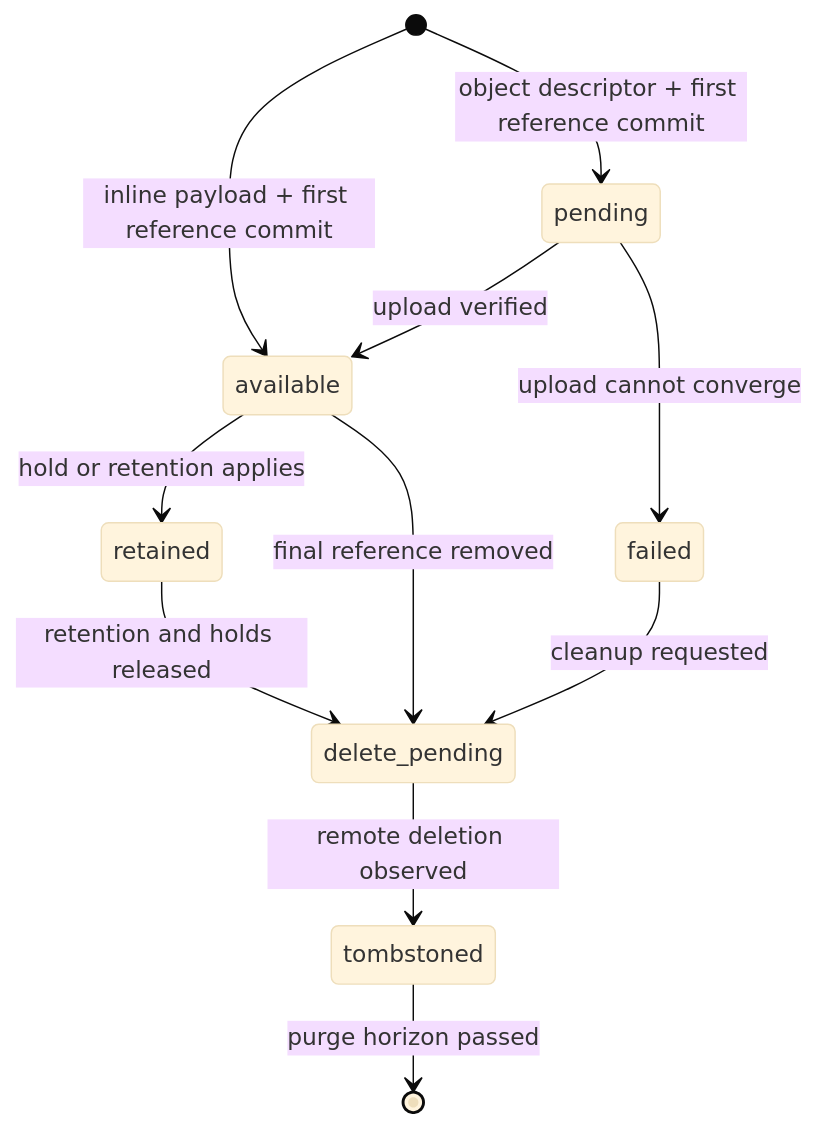
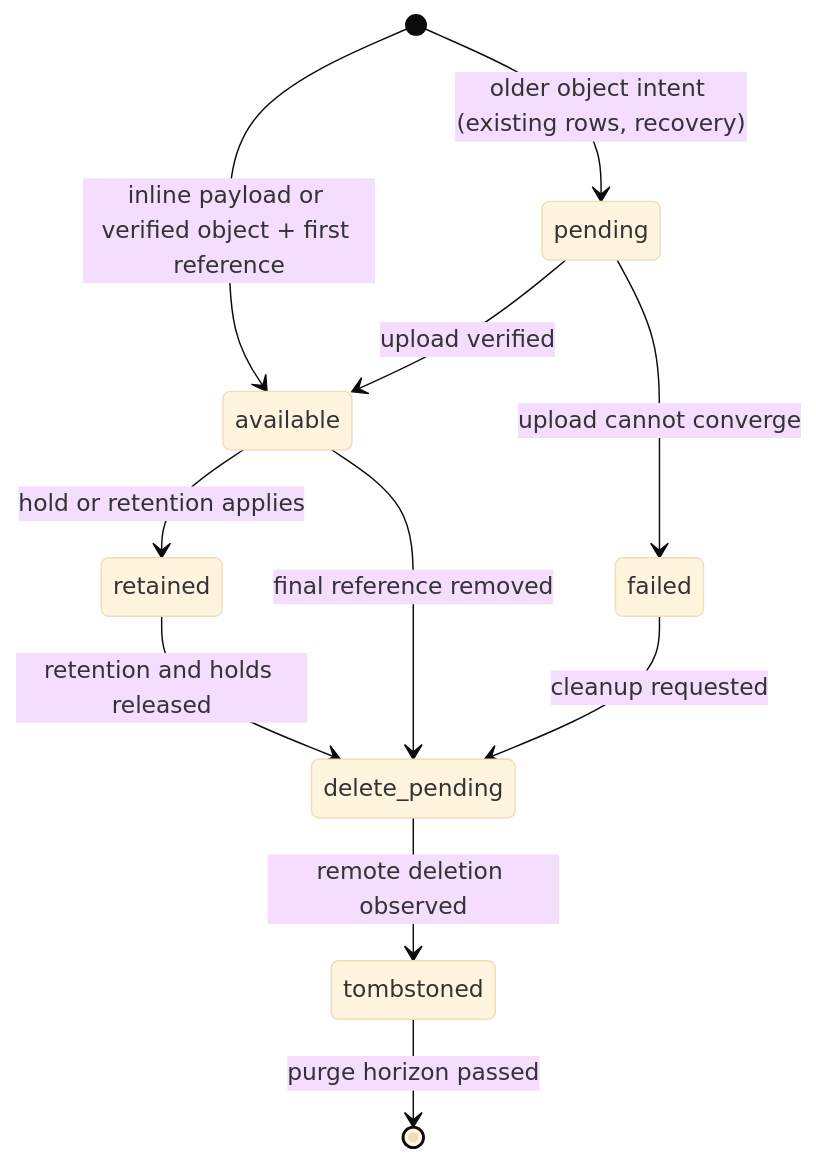
The third of 4 diagrams in frontend/apps/docs-site/src/content/docs/object-content-architecture.mdx (eneo-ai/eneo), drawn with Mermaid (base theme) before and after one commit. The commit also changed other lines of this file and 5 other files, not shown here.

````diff
--- a/frontend/apps/docs-site/src/content/docs/object-content-architecture.mdx
+++ b/frontend/apps/docs-site/src/content/docs/object-content-architecture.mdx
@@ -120,13 +124,13 @@
 ```mermaid
 stateDiagram-v2
-  [*] --> available: inline payload + first reference commit
-  [*] --> pending: object descriptor + first reference commit
+  [*] --> available: inline payload or verified object + first reference
+  [*] --> pending: older object intent (existing rows, recovery)
   pending --> available: upload verified
   pending --> failed: upload cannot converge
   available --> retained: hold or retention applies
   available --> delete_pending: final reference removed
   failed --> delete_pending: cleanup requested
   retained --> delete_pending: retention and holds released
   delete_pending --> tombstoned: remote deletion observed
   tombstoned --> [*]: purge horizon passed
 ```
````
